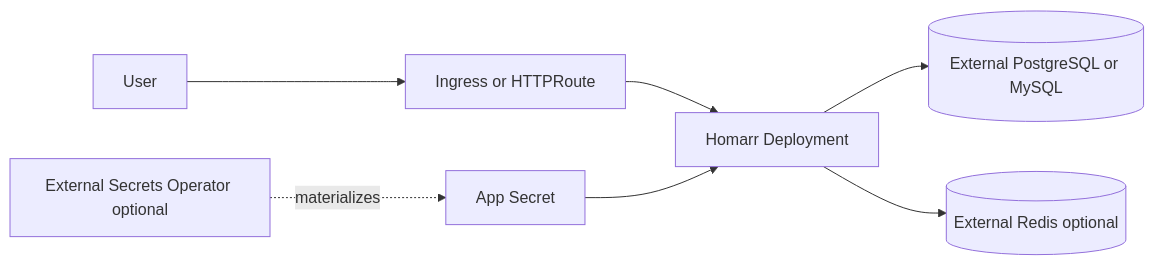
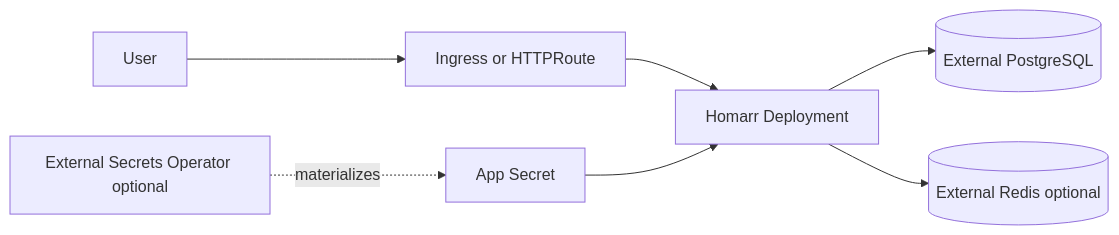
The third of 3 diagrams in charts/homarr/DESIGN.md (helmforgedev/charts), drawn with Mermaid before and after one commit. The commit also changed other lines of this file and 19 other files, not shown here.

````diff
--- a/charts/homarr/DESIGN.md
+++ b/charts/homarr/DESIGN.md
@@ -50,9 +49,9 @@
 ```mermaid
 flowchart LR
   user[User] --> edge[Ingress or HTTPRoute]
   edge --> homarr[Homarr Deployment]
-  homarr --> db[(External PostgreSQL or MySQL)]
+  homarr --> db[(External PostgreSQL)]
   homarr --> redis[(External Redis optional)]
   eso[External Secrets Operator optional] -. materializes .-> secret[App Secret]
   secret --> homarr
 ```
````
